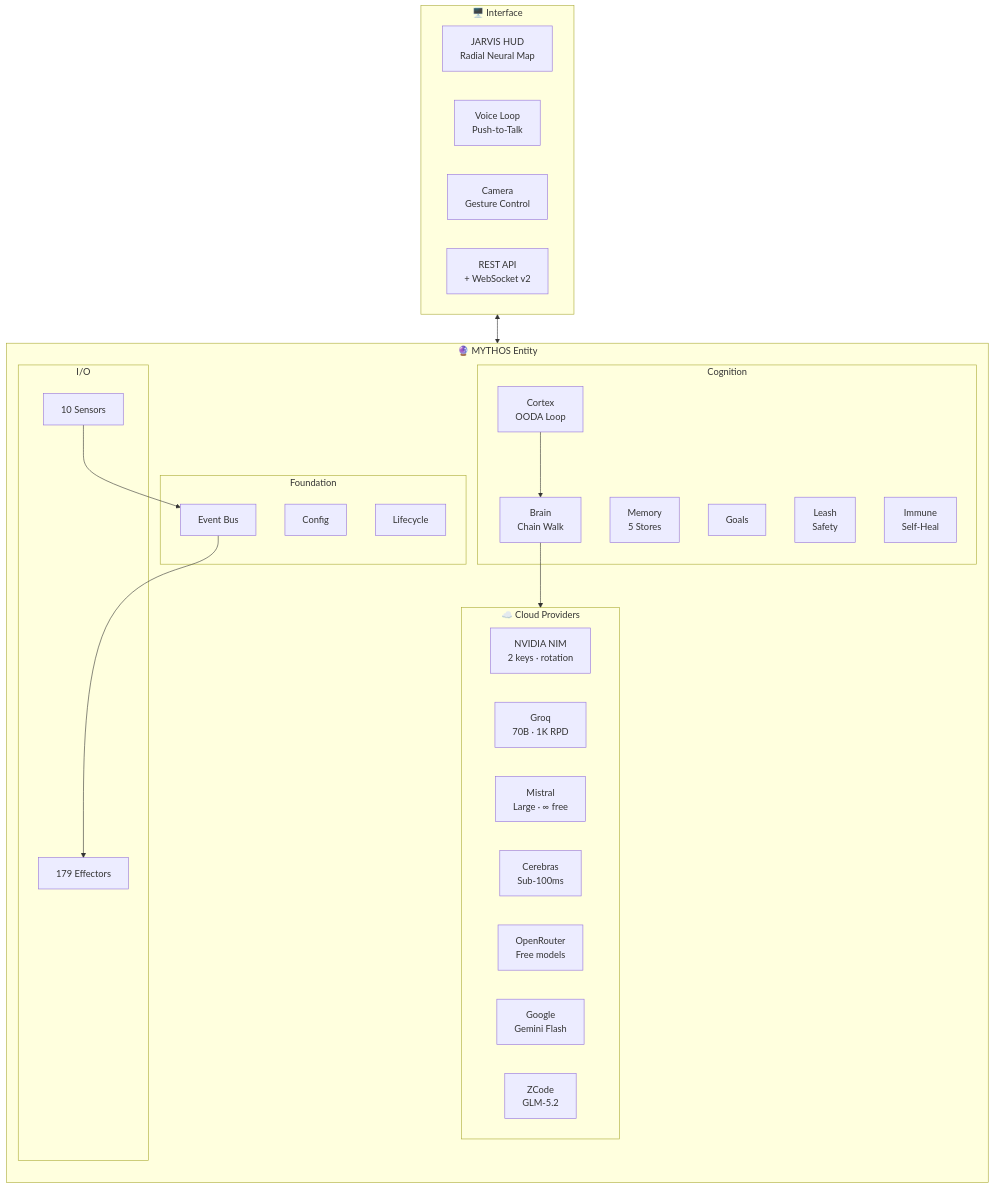
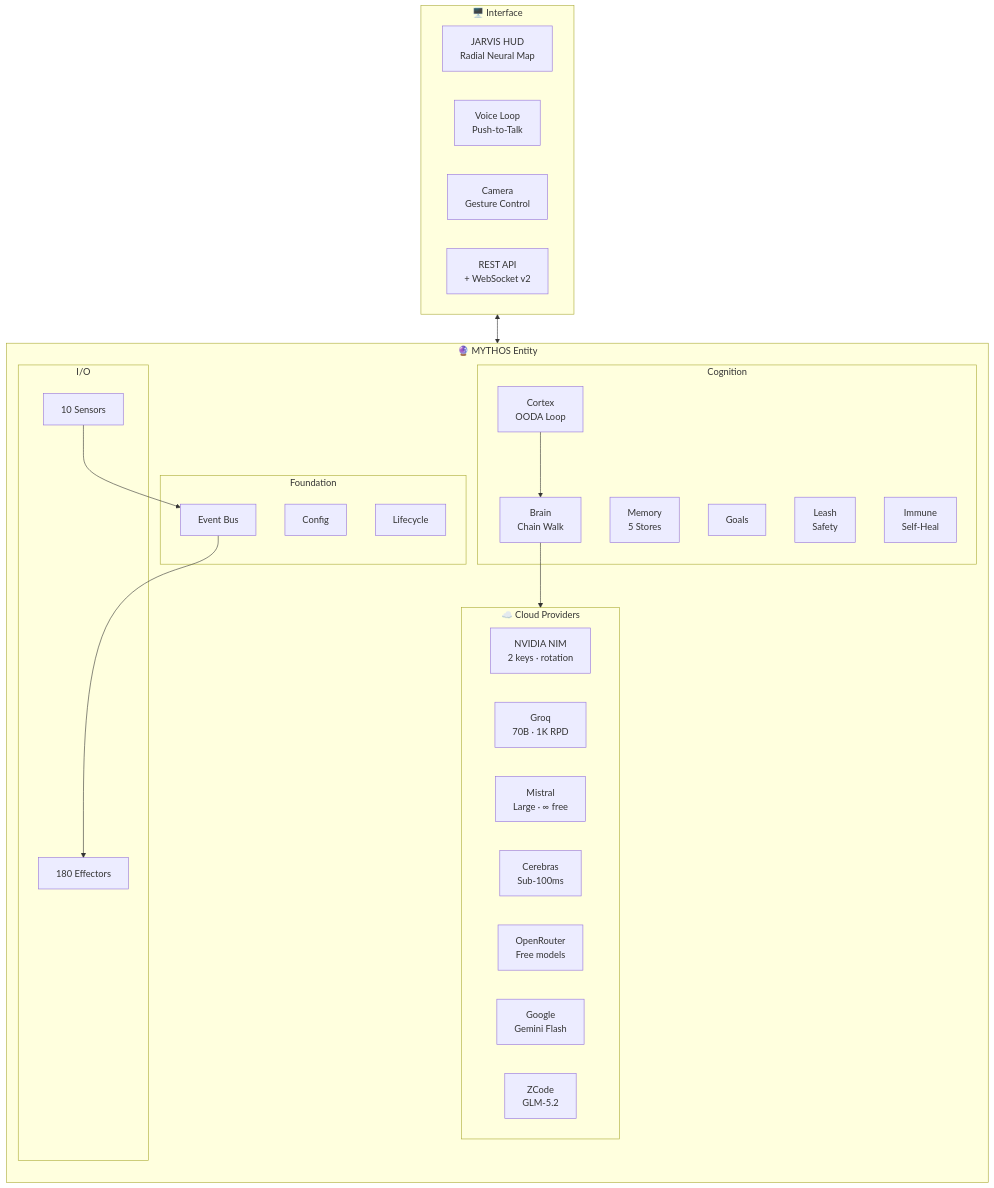
Before and after one commit to HailLucifer666/Agent_OS: the first of 11 diagrams in README.md, drawn with Mermaid. The commit also changed other lines of this file and 93 other files, not shown here.

````diff
--- a/README.md
+++ b/README.md
@@ -48,45 +48,45 @@
 ```mermaid
 flowchart TB
     subgraph Cloud["☁️ Cloud Providers"]
         direction LR
         NIM["NVIDIA NIM<br/>2 keys · rotation"]
         GQ["Groq<br/>70B · 1K RPD"]
         MI["Mistral<br/>Large · ∞ free"]
         CE["Cerebras<br/>Sub-100ms"]
         OR["OpenRouter<br/>Free models"]
         GOOG["Google<br/>Gemini Flash"]
         ZC["ZCode<br/>GLM-5.2"]
     end
 
     subgraph MYTHOS["🔮 MYTHOS Entity"]
         direction TB
         subgraph Foundation["Foundation"]
             CFG["Config"]
             BUS["Event Bus"]
             LIFE["Lifecycle"]
         end
         subgraph Cognition["Cognition"]
             CORT["Cortex<br/>OODA Loop"]
             BRN["Brain<br/>Chain Walk"]
             MEM["Memory<br/>5 Stores"]
             GOAL["Goals"]
             LEASH["Leash<br/>Safety"]
             IMM["Immune<br/>Self-Heal"]
         end
         subgraph IOLayer["I/O"]
             SENS["10 Sensors"]
-            EFF["179 Effectors"]
+            EFF["180 Effectors"]
         end
         CORT --> BRN --> Cloud
         SENS --> BUS --> EFF
     end
 
     subgraph Interface["🖥️ Interface"]
         HUD["JARVIS HUD<br/>Radial Neural Map"]
         VOICE["Voice Loop<br/>Push-to-Talk"]
         CAM["Camera<br/>Gesture Control"]
         API["REST API<br/>+ WebSocket v2"]
     end
 
     Interface <--> MYTHOS
 ```
````
